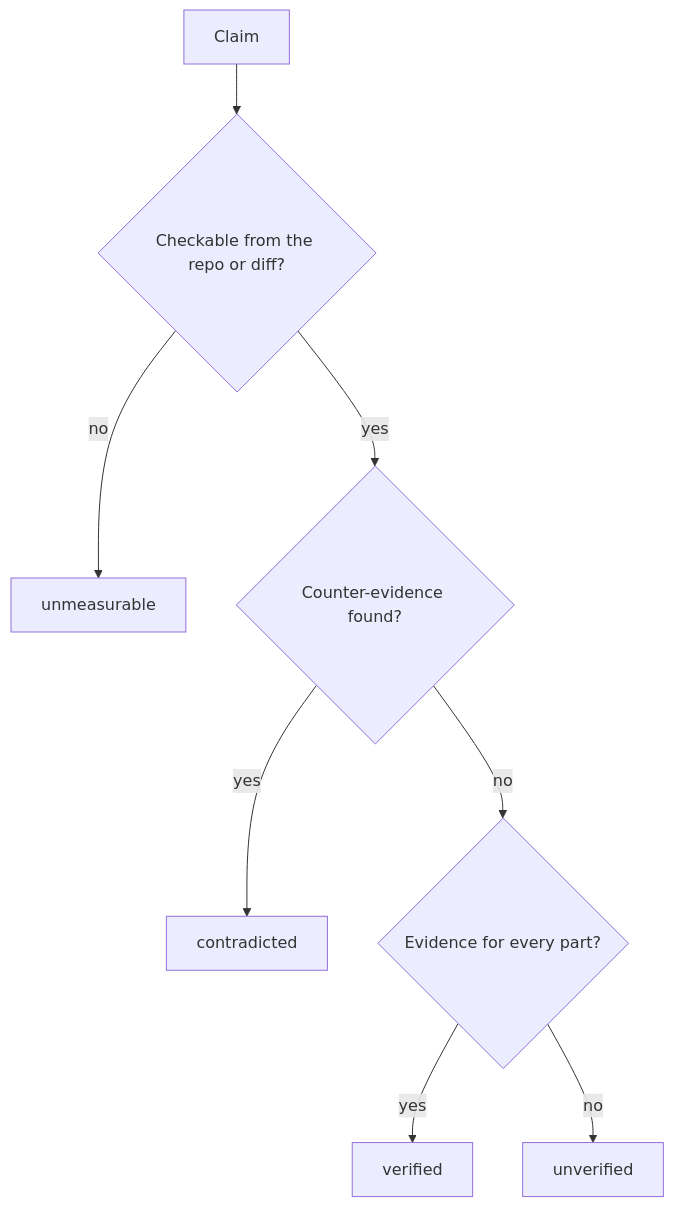
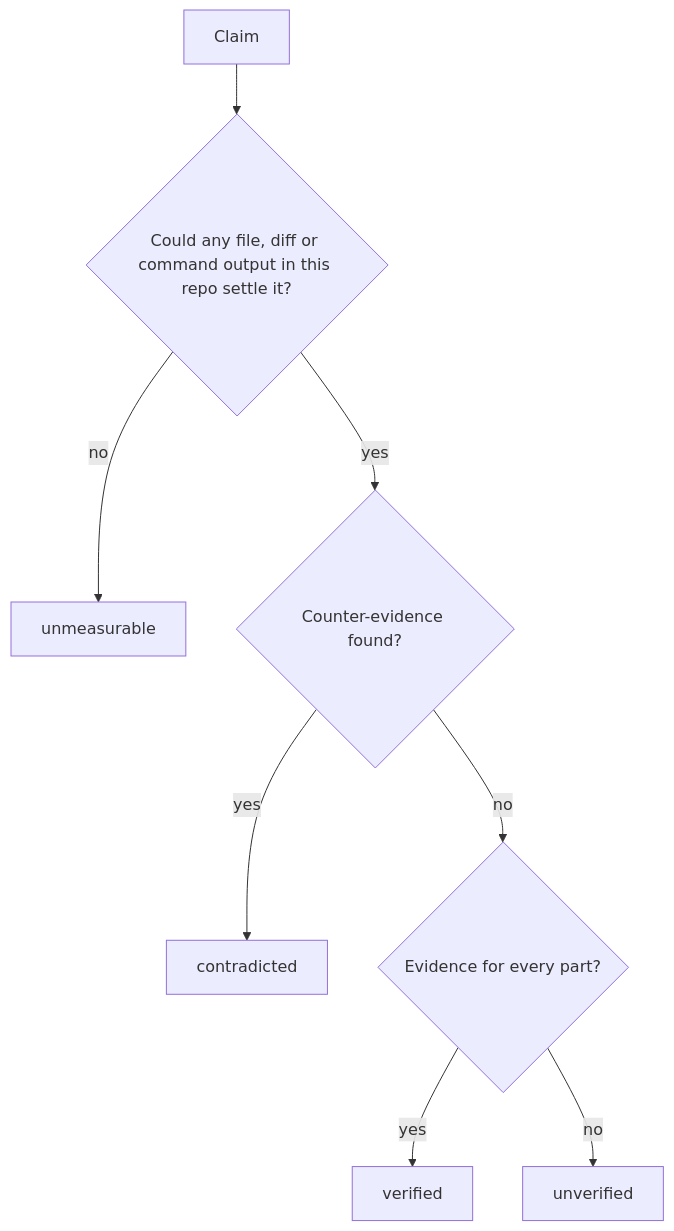
One commit to DahanItamar/SkillShelf changed the diagram in plugins/hearsay/README.md. Above: the diagram before and after it, drawn with Mermaid. The commit also changed other lines of this file and 7 other files, not shown here.

````diff
--- a/plugins/hearsay/README.md
+++ b/plugins/hearsay/README.md
@@ -36,10 +38,10 @@
 ```mermaid
 flowchart TD
-  A[Claim] --> B{Checkable from the repo or diff?}
+  A[Claim] --> B{Could any file, diff or command output in this repo settle it?}
   B -- no --> M[unmeasurable]
   B -- yes --> C{Counter-evidence found?}
   C -- yes --> X[contradicted]
   C -- no --> D{Evidence for every part?}
   D -- yes --> V[verified]
   D -- no --> U[unverified]
 ```
````
